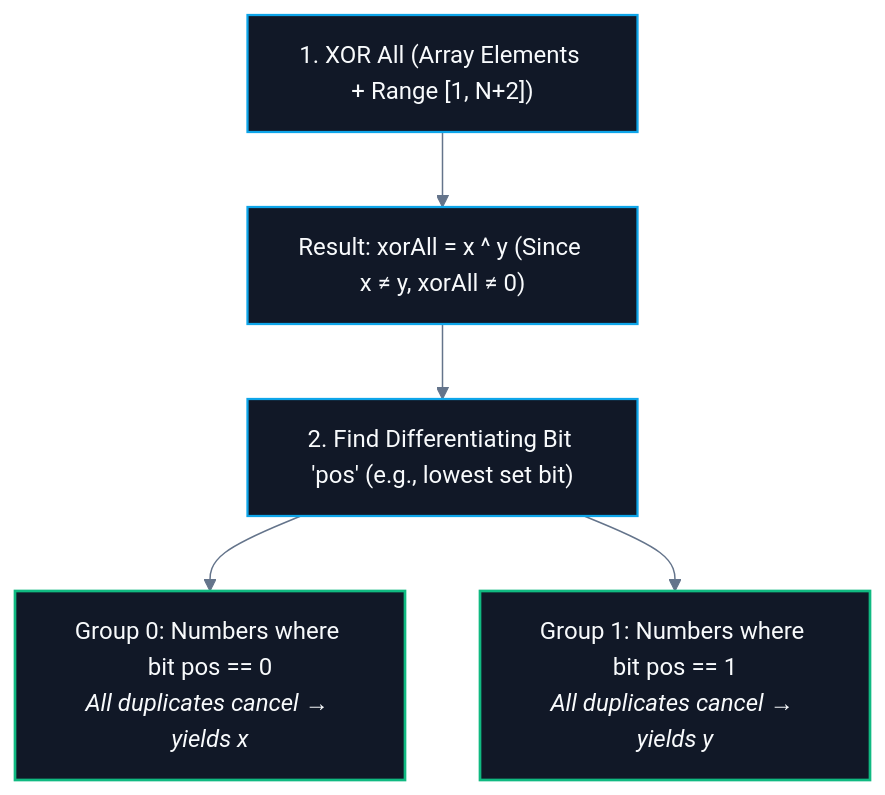
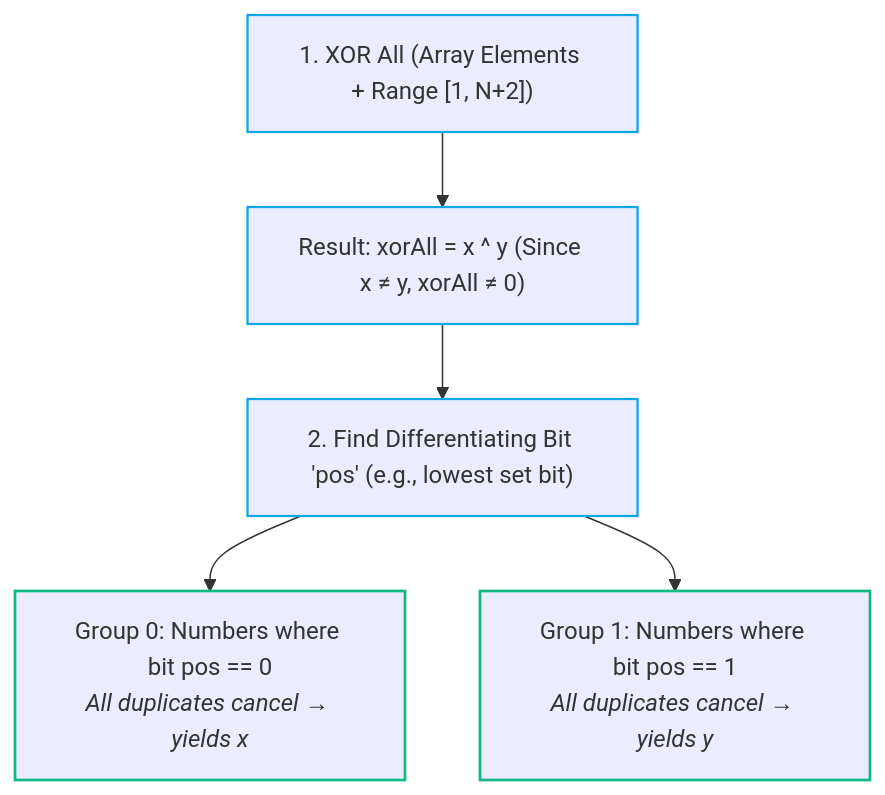
One commit to abhinavbharti2345/CS_Notes changed the second of 3 diagrams in CS/DSA/04. Bit Manipulation/04. Bit Manipulation Problems.md. Above: the diagram before and after it, drawn with Mermaid. The commit also changed other lines of this file and 91 other files, not shown here.

````diff
--- a/CS/DSA/04. Bit Manipulation/04. Bit Manipulation Problems.md
+++ b/CS/DSA/04. Bit Manipulation/04. Bit Manipulation Problems.md
@@ -138,13 +137,12 @@
 ```mermaid
-%%{init: {'theme': 'base', 'themeVariables': { 'darkMode': true, 'background': '#0B0F14', 'mainBkg': '#111827', 'primaryColor': '#111827', 'primaryTextColor': '#F8FAFC', 'primaryBorderColor': '#38BDF8', 'lineColor': '#64748B', 'secondaryColor': '#0B0F14', 'tertiaryColor': '#0B0F14', 'clusterBkg': '#0B0F14', 'clusterBorder': '#38BDF8' }}}%%
 flowchart TD
     A["1. XOR All (Array Elements + Range [1, N+2])"] --> B["Result: xorAll = x ^ y (Since x ≠ y, xorAll ≠ 0)"]
     B --> C["2. Find Differentiating Bit 'pos' (e.g., lowest set bit)"]
     C --> D1["Group 0: Numbers where bit pos == 0<br/><i>All duplicates cancel → yields x</i>"]
     C --> D2["Group 1: Numbers where bit pos == 1<br/><i>All duplicates cancel → yields y</i>"]
 
-    classDef step fill:#111827,stroke:#0ea5e9,stroke-width:1.5px,color:#F8FAFC;
-    classDef group fill:#111827,stroke:#10b981,stroke-width:1.8px,color:#F8FAFC;
+    classDef step stroke:#0ea5e9,stroke-width:1.5px;
+    classDef group stroke:#10b981,stroke-width:1.8px;
     class A,B,C step;
     class D1,D2 group;
 ```
````
